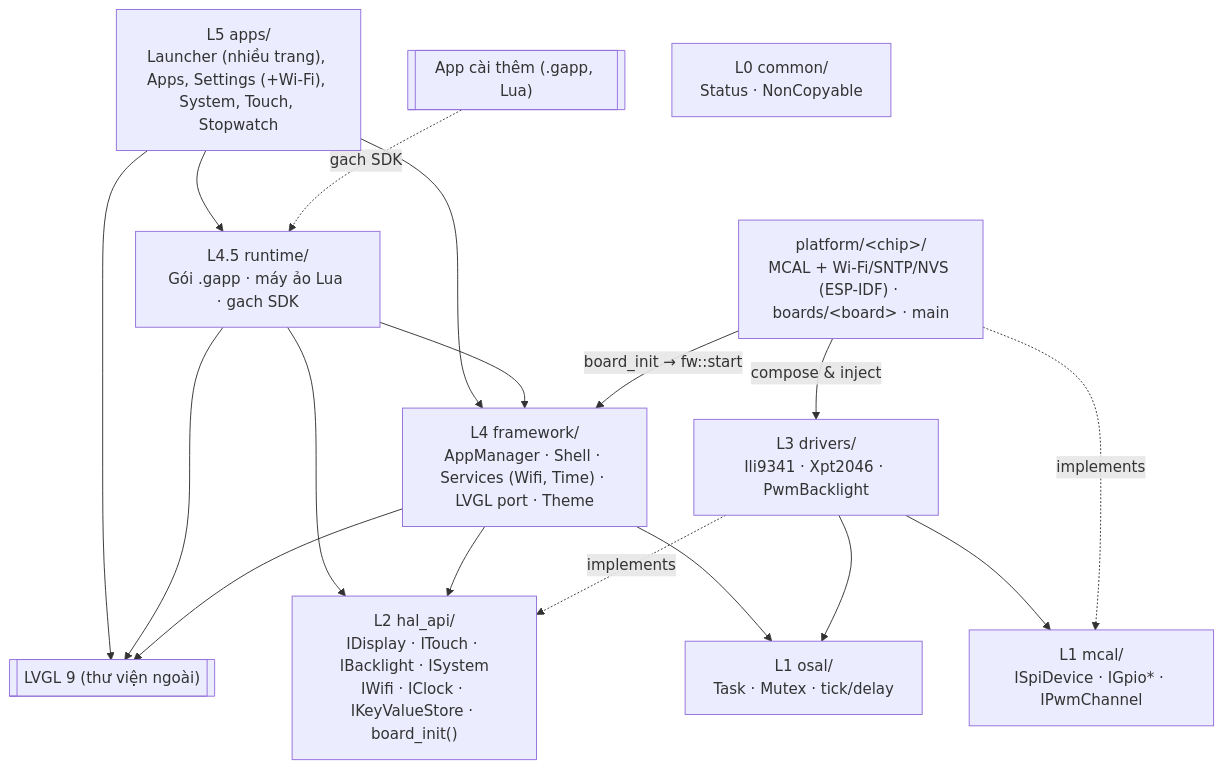
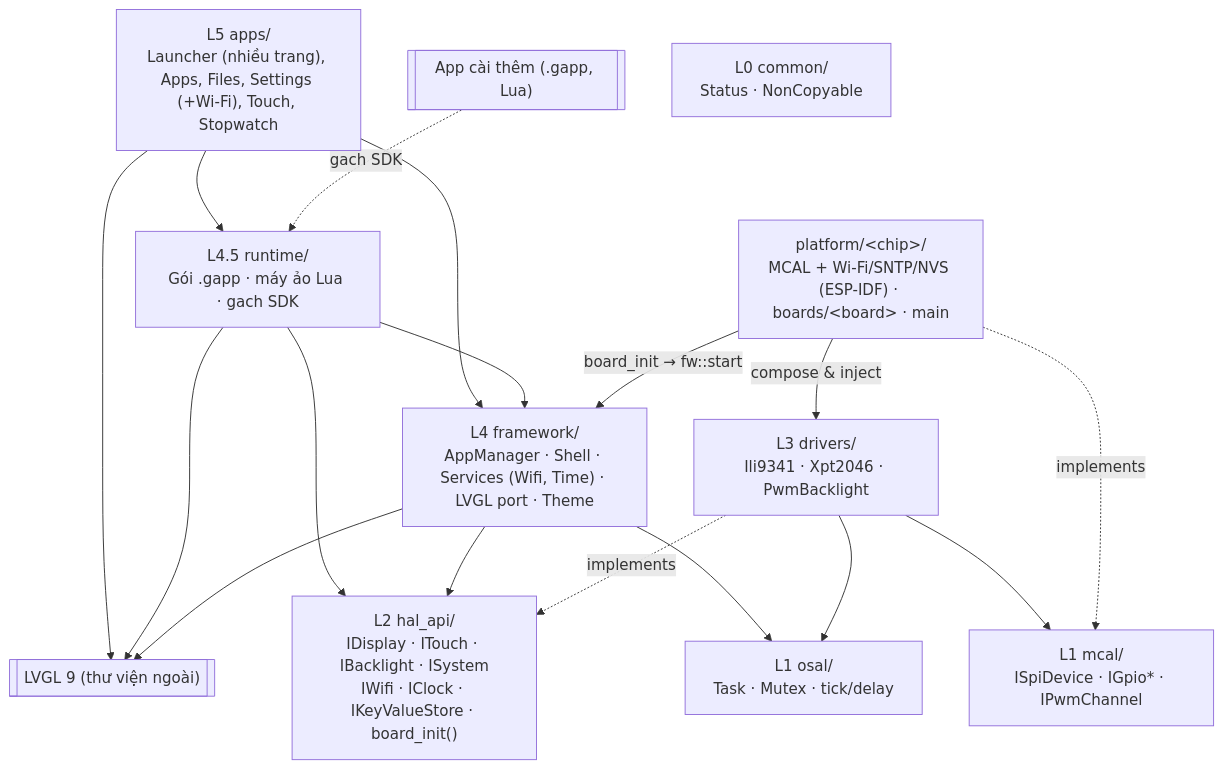
One commit to tranthanh1699/gach-os changed the diagram in docs/architecture.md. Above: the diagram before and after it, drawn with Mermaid. The commit also changed other lines of this file and 6 other files, not shown here.

````diff
--- a/docs/architecture.md
+++ b/docs/architecture.md
@@ -5,31 +5,31 @@
 ```mermaid
 flowchart TD
-    APPS["L5 apps/<br/>Launcher (nhiều trang), Apps, Settings (+Wi-Fi), System, Touch, Stopwatch"]
+    APPS["L5 apps/<br/>Launcher (nhiều trang), Apps, Files, Settings (+Wi-Fi), Touch, Stopwatch"]
     RT["L4.5 runtime/<br/>Gói .gapp · máy ảo Lua · gach SDK"]
     GAPP[["App cài thêm (.gapp, Lua)"]]
     FW["L4 framework/<br/>AppManager · Shell · Services (Wifi, Time) · LVGL port · Theme"]
     LVGL[["LVGL 9 (thư viện ngoài)"]]
     HAL["L2 hal_api/<br/>IDisplay · ITouch · IBacklight · ISystem<br/>IWifi · IClock · IKeyValueStore · board_init()"]
     DRV["L3 drivers/<br/>Ili9341 · Xpt2046 · PwmBacklight"]
     MCAL["L1 mcal/<br/>ISpiDevice · IGpio* · IPwmChannel"]
     OSAL["L1 osal/<br/>Task · Mutex · tick/delay"]
     COMMON["L0 common/<br/>Status · NonCopyable"]
     PLAT["platform/&lt;chip&gt;/<br/>MCAL + Wi-Fi/SNTP/NVS (ESP-IDF) · boards/&lt;board&gt; · main"]
 
     APPS --> FW
     APPS --> RT
     APPS --> LVGL
     GAPP -. gach SDK .-> RT
     RT --> FW
     RT --> HAL
     RT --> LVGL
     FW --> LVGL
     FW --> HAL
     FW --> OSAL
     DRV -. implements .-> HAL
     DRV --> MCAL
     DRV --> OSAL
     PLAT -. implements .-> MCAL
     PLAT -->|compose & inject| DRV
     PLAT -->|board_init → fw::start| FW
 ```
````
